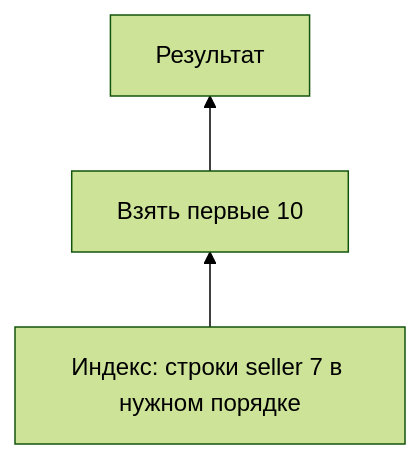
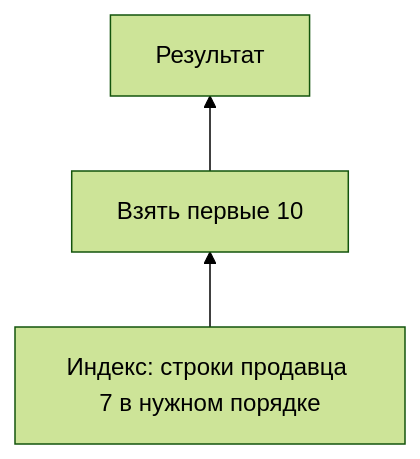
The diagram in docs/databases/postgresql/explain.md (leary1337/vault), drawn with Mermaid (forest theme) before and after one commit. The commit also changed other lines of this file and 325 other files, not shown here.

````diff
--- a/docs/databases/postgresql/explain.md
+++ b/docs/databases/postgresql/explain.md
@@ -78,5 +60,5 @@
 ```mermaid
 flowchart BT
-    Index[Индекс: строки seller 7 в нужном порядке] --> Limit[Взять первые 10]
+    Index[Индекс: строки продавца 7 в нужном порядке] --> Limit[Взять первые 10]
     Limit --> Result[Результат]
 ```
````
